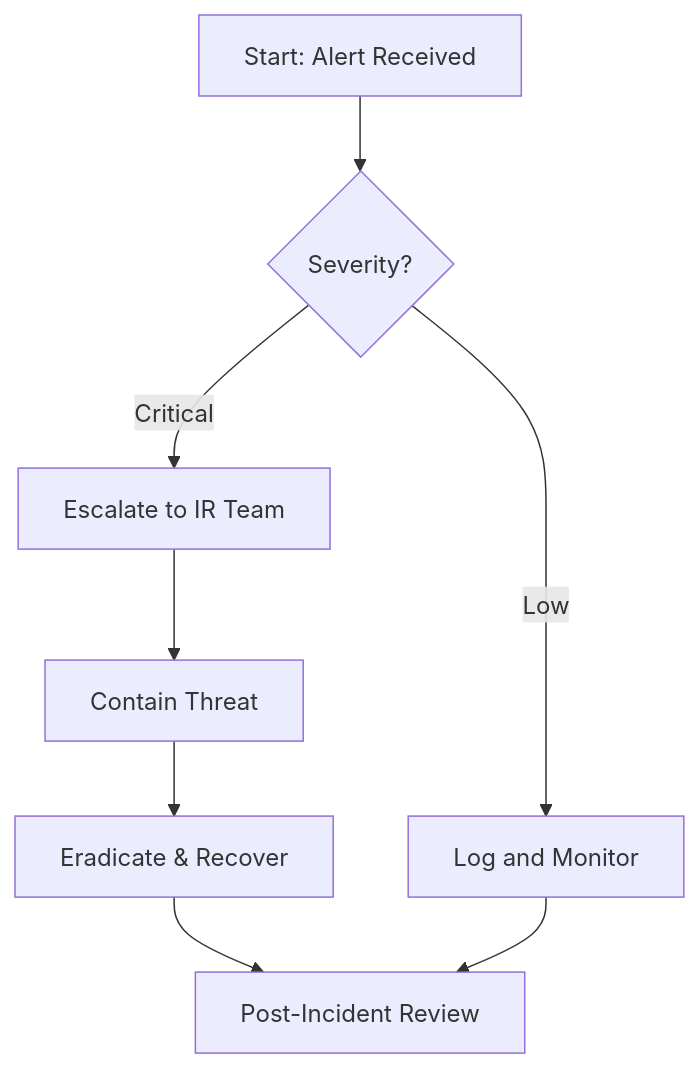
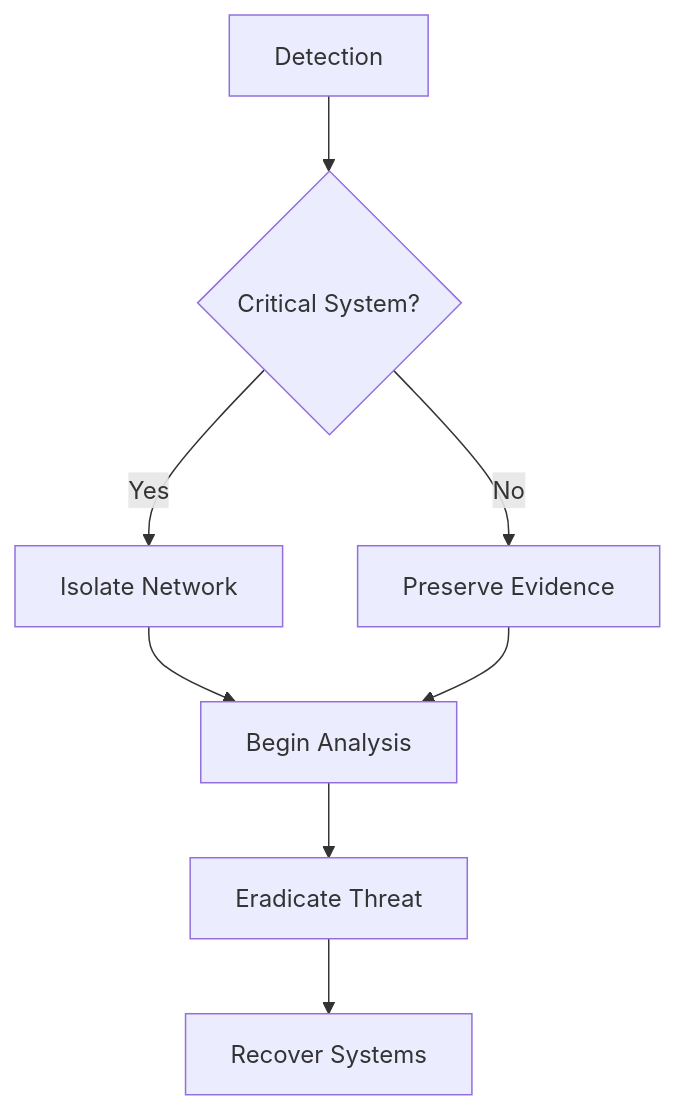
One commit to solomonneas/playbook-forge changed the diagram in README.md. Above: the diagram before and after it, drawn with Mermaid. The commit also changed other lines of this file and 2 other files, not shown here.

Commit message:
docs: add README, architecture, and configuration docs

````diff
--- a/README.md
+++ b/README.md
@@ -212,10 +109,10 @@
 ```mermaid
-graph TD
-    A[Start: Alert Received] --> B{Severity?}
-    B -->|Critical| C[Escalate to IR Team]
-    B -->|Low| D[Log and Monitor]
-    C --> E[Contain Threat]
-    E --> F[Eradicate & Recover]
-    F --> G[Post-Incident Review]
-    D --> G
+flowchart TD
+    A[Detection] --> B{Critical System?}
+    B -->|Yes| C[Isolate Network]
+    B -->|No| D[Preserve Evidence]
+    C --> E[Begin Analysis]
+    D --> E
+    E --> F[Eradicate Threat]
+    F --> G[Recover Systems]
 ```
````
